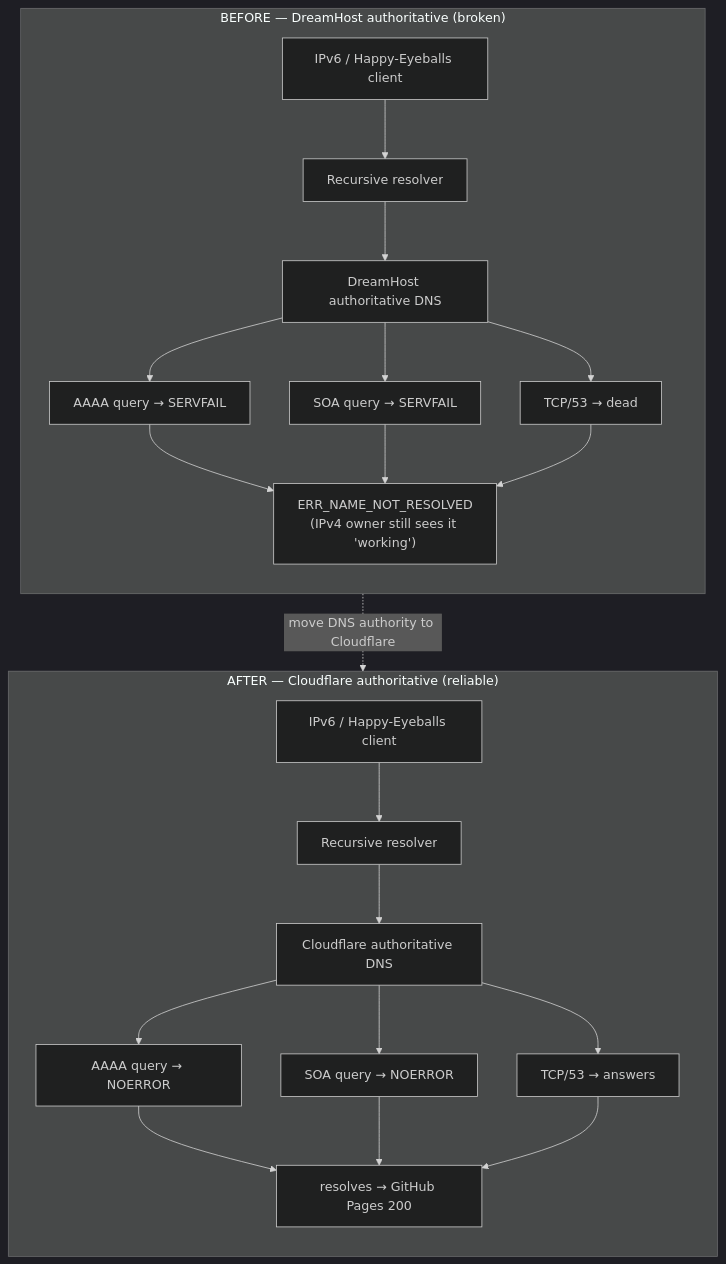
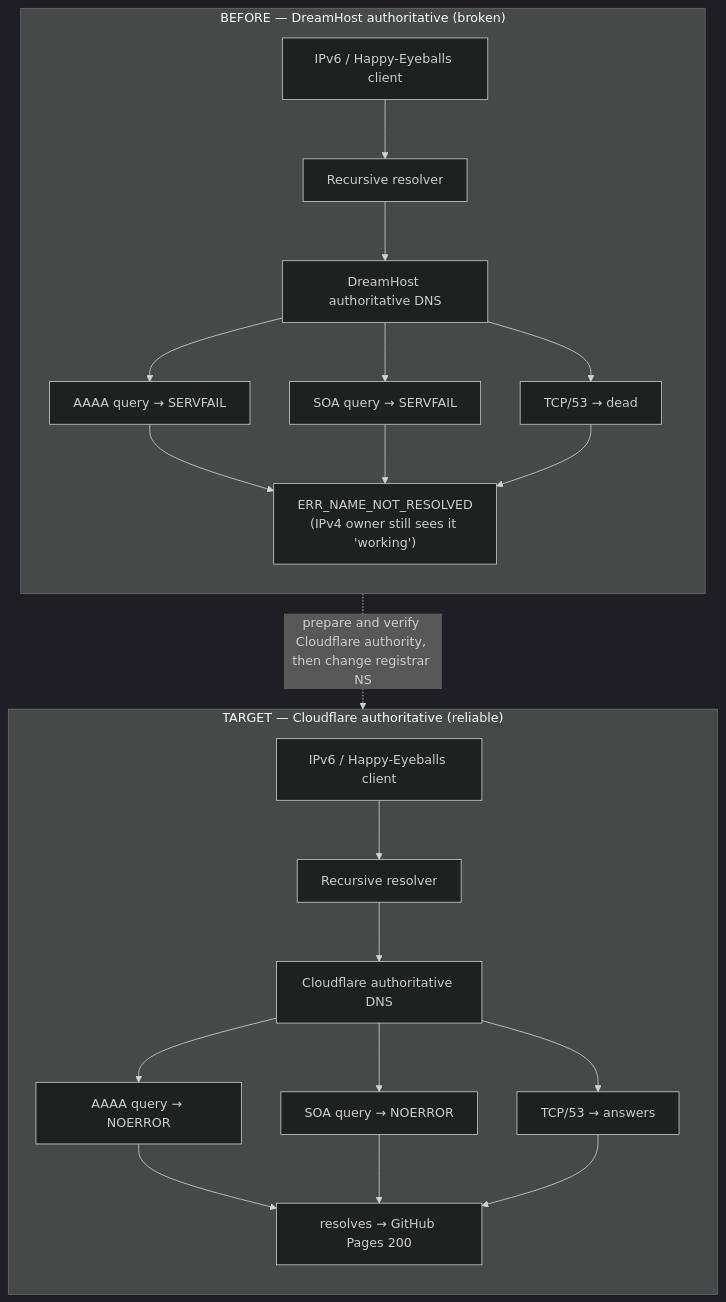
The third of 5 diagrams in docs/dns-architecture.md (Jesssullivan/jesssullivan.github.io), drawn with Mermaid (dark theme) before and after one commit. The commit also changed other lines of this file and 4 other files, not shown here.

````diff
--- a/docs/dns-architecture.md
+++ b/docs/dns-architecture.md
@@ -99,40 +113,40 @@
 ```mermaid
 flowchart TB
     subgraph Before["BEFORE — DreamHost authoritative (broken)"]
         direction TB
         b_c["IPv6 / Happy-Eyeballs client"]
         b_r["Recursive resolver"]
         b_dh["DreamHost authoritative DNS"]
         b_aaaa["AAAA query → SERVFAIL"]
         b_soa["SOA query → SERVFAIL"]
         b_tcp["TCP/53 → dead"]
         b_out["ERR_NAME_NOT_RESOLVED<br/>(IPv4 owner still sees it 'working')"]
         b_c --> b_r --> b_dh
         b_dh --> b_aaaa
         b_dh --> b_soa
         b_dh --> b_tcp
         b_aaaa --> b_out
         b_soa --> b_out
         b_tcp --> b_out
     end
 
-    subgraph After["AFTER — Cloudflare authoritative (reliable)"]
+    subgraph After["TARGET — Cloudflare authoritative (reliable)"]
         direction TB
         a_c["IPv6 / Happy-Eyeballs client"]
         a_r["Recursive resolver"]
         a_cf["Cloudflare authoritative DNS"]
         a_aaaa["AAAA query → NOERROR"]
         a_soa["SOA query → NOERROR"]
         a_tcp["TCP/53 → answers"]
         a_out["resolves → GitHub Pages 200"]
         a_c --> a_r --> a_cf
         a_cf --> a_aaaa
         a_cf --> a_soa
         a_cf --> a_tcp
         a_aaaa --> a_out
         a_soa --> a_out
         a_tcp --> a_out
     end
 
-    Before -. "move DNS authority to Cloudflare" .-> After
+    Before -. "prepare and verify Cloudflare authority, then change registrar NS" .-> After
 ```
````
